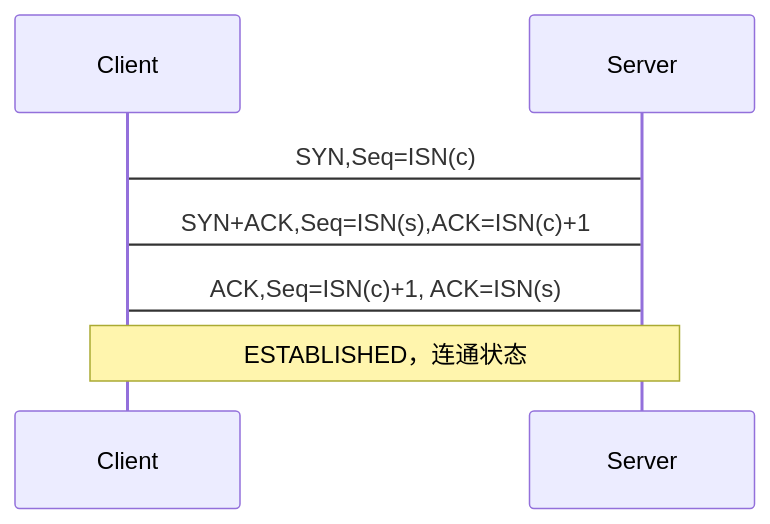
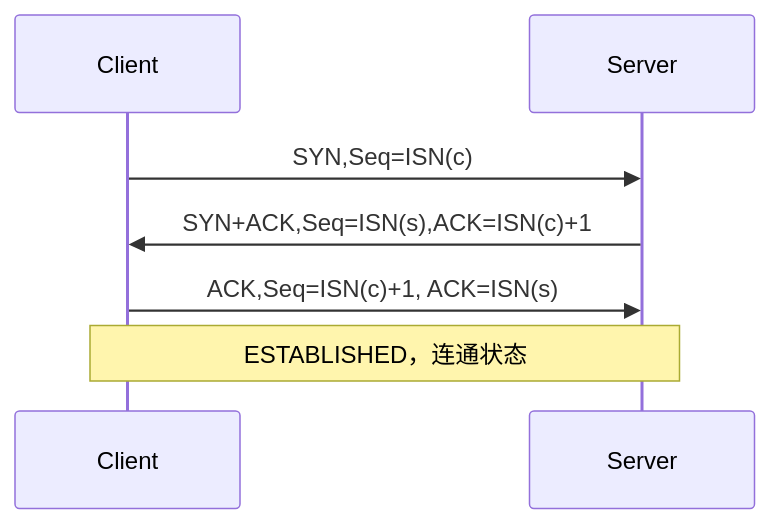
Before and after one commit to Clinan/blog: the first of 4 diagrams in modules/technology/base/tcpip.md, drawn with Mermaid. The commit also changed other lines of this file and 1 other file, not shown here.

````diff
--- a/modules/technology/base/tcpip.md
+++ b/modules/technology/base/tcpip.md
@@ -166,9 +163,9 @@
 ```mermaid
 sequenceDiagram
-Client->Server: SYN,Seq=ISN(c)
-Server->Client: SYN+ACK,Seq=ISN(s),ACK=ISN(c)+1
-Client->Server: ACK,Seq=ISN(c)+1, ACK=ISN(s)
+Client->>Server: SYN,Seq=ISN(c)
+Server->>Client: SYN+ACK,Seq=ISN(s),ACK=ISN(c)+1
+Client->>Server: ACK,Seq=ISN(c)+1, ACK=ISN(s)
 note over Client, Server: ESTABLISHED，连通状态
 
 
 ```
````
